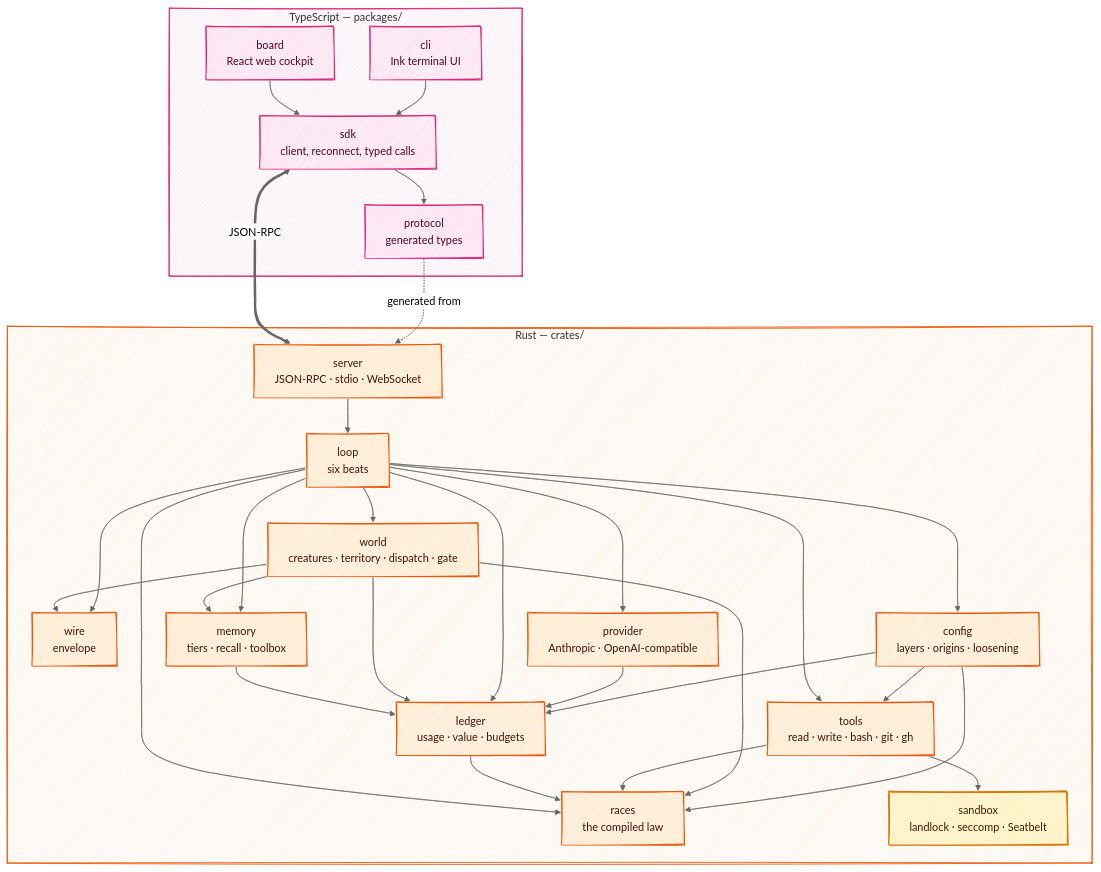
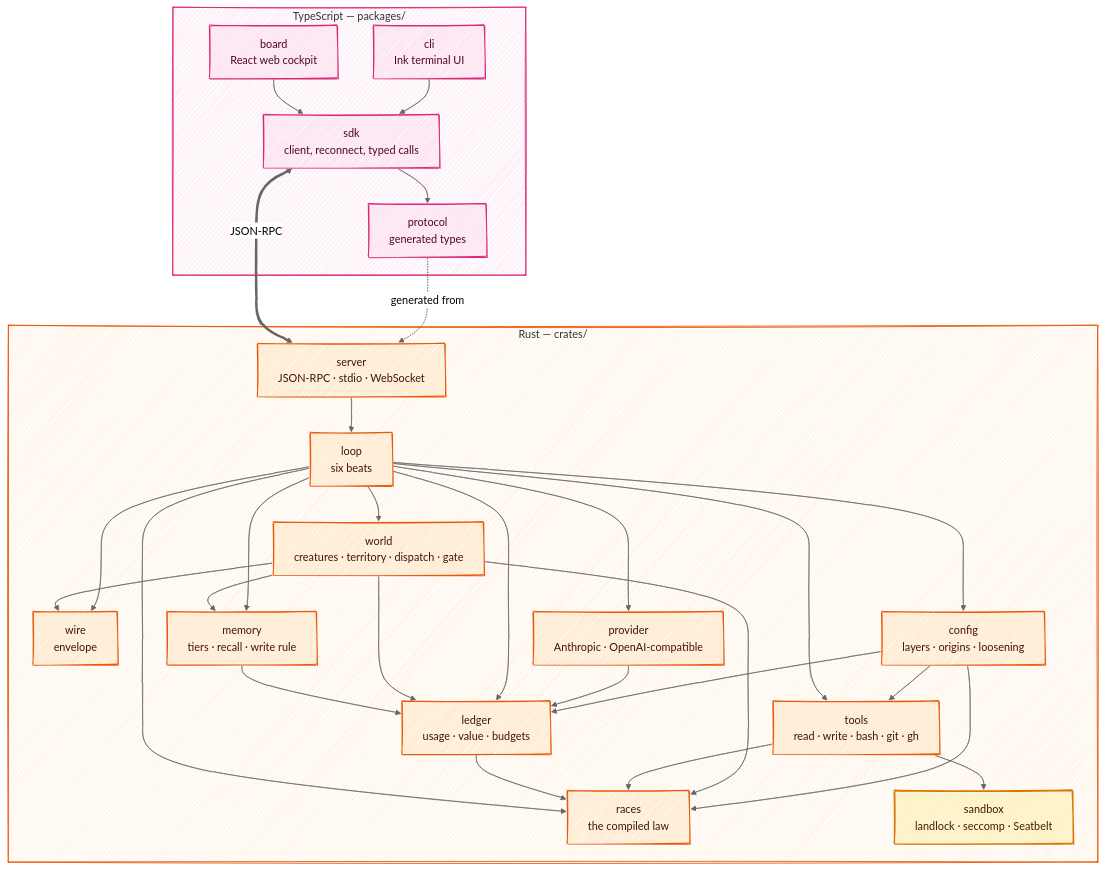
One commit to Kaginari/mnemorph changed the first of 3 diagrams in docs/05-architecture.md. Above: the diagram before and after it, drawn with Mermaid. The commit also changed other lines of this file and 10 other files, not shown here.

````diff
--- a/docs/05-architecture.md
+++ b/docs/05-architecture.md
@@ -5,58 +5,58 @@
 ```mermaid
 ---
 config:
   look: handDrawn
   theme: neutral
   flowchart:
     wrappingWidth: 360
 ---
 flowchart TB
     subgraph ts["TypeScript — packages/"]
       CLI["cli<br/>Ink terminal UI"]
       BOARD["board<br/>React web cockpit"]
       SDK["sdk<br/>client, reconnect, typed calls"]
       PROTO["protocol<br/>generated types"]
       CLI --> SDK
       BOARD --> SDK
       SDK --> PROTO
     end
     subgraph rs["Rust — crates/"]
       SERVER["server<br/>JSON-RPC · stdio · WebSocket"]
       LOOP["loop<br/>six beats"]
       WORLD["world<br/>creatures · territory · dispatch · gate"]
       RACES["races<br/>the compiled law"]
       WIRE["wire<br/>envelope"]
       TOOLS["tools<br/>read · write · bash · git · gh"]
       SANDBOX["sandbox<br/>landlock · seccomp · Seatbelt"]
       PROV["provider<br/>Anthropic · OpenAI-compatible"]
       LEDGER["ledger<br/>usage · value · budgets"]
-      MEM["memory<br/>tiers · recall · toolbox"]
+      MEM["memory<br/>tiers · recall · write rule"]
       CONFIG["config<br/>layers · origins · loosening"]
       SERVER --> LOOP
       LOOP --> CONFIG --> TOOLS
       CONFIG --> RACES
       CONFIG --> LEDGER
       LOOP --> WORLD --> RACES
       LOOP --> PROV --> LEDGER
       LOOP --> TOOLS --> SANDBOX
       TOOLS --> RACES
       LOOP --> LEDGER --> RACES
       LOOP --> MEM
       LOOP --> RACES
       LOOP --> WIRE
       WORLD --> WIRE
       WORLD --> LEDGER
       WORLD --> MEM
       MEM --> LEDGER
     end
     PROTO -. generated from .-> SERVER
     SDK <==>|JSON-RPC| SERVER
     classDef ts fill:#fde7f3,stroke:#db2777,stroke-width:1.5px,color:#500724
     class CLI,BOARD,SDK,PROTO ts
     classDef rs fill:#ffedd5,stroke:#ea580c,stroke-width:1.5px,color:#431407
     class SERVER,LOOP,WORLD,RACES,WIRE,TOOLS,PROV,LEDGER,MEM,CONFIG rs
     classDef gate fill:#fef3c7,stroke:#d97706,stroke-width:2px,color:#451a03
     class SANDBOX gate
     style ts fill:#fdf2f8,stroke:#db2777
     style rs fill:#fff7ed,stroke:#ea580c
 ```
````
